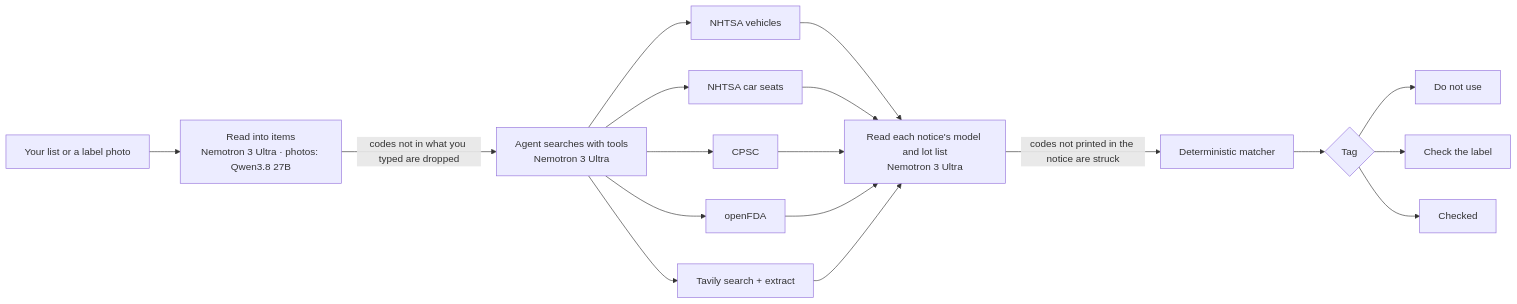
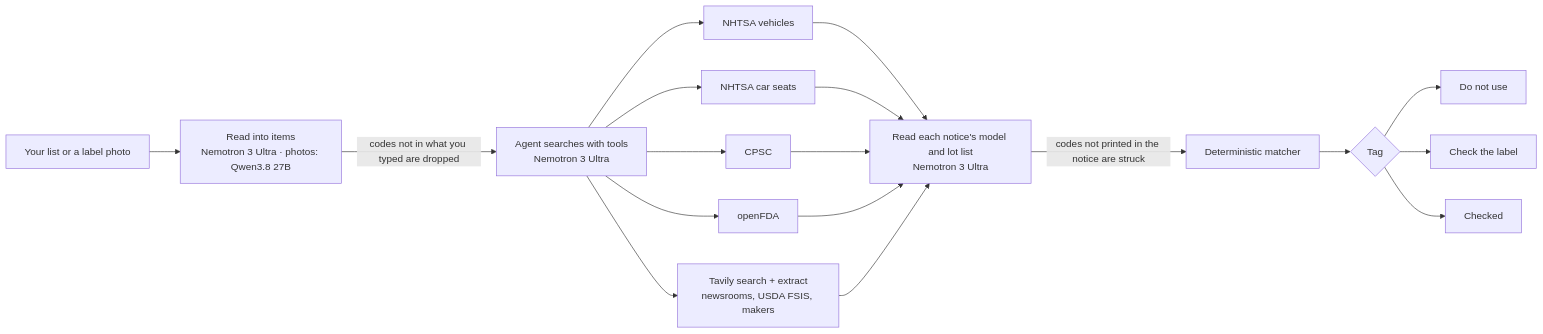
The diagram in README.md (RohanGlitched/tagout), drawn with Mermaid before and after one commit. The commit also changed other lines of this file, not shown here.

````diff
--- a/README.md
+++ b/README.md
@@ -40,16 +72,16 @@
 ```mermaid
 flowchart LR
   A[Your list or a label photo] --> B[Read into items<br/>Nemotron 3 Ultra · photos: Qwen3.8 27B]
   B -->|codes not in what you typed are dropped| C[Agent searches with tools<br/>Nemotron 3 Ultra]
   C --> D1[NHTSA vehicles]
   C --> D2[NHTSA car seats]
   C --> D3[CPSC]
   C --> D4[openFDA]
-  C --> D5[Tavily search + extract]
+  C --> D5[Tavily search + extract<br/>newsrooms, USDA FSIS, makers]
   D1 & D2 & D3 & D4 & D5 --> E[Read each notice's model and lot list<br/>Nemotron 3 Ultra]
   E -->|codes not printed in the notice are struck| F[Deterministic matcher]
   F --> G{Tag}
   G --> R[Do not use]
   G --> O[Check the label]
   G --> K[Checked]
 ```
````
